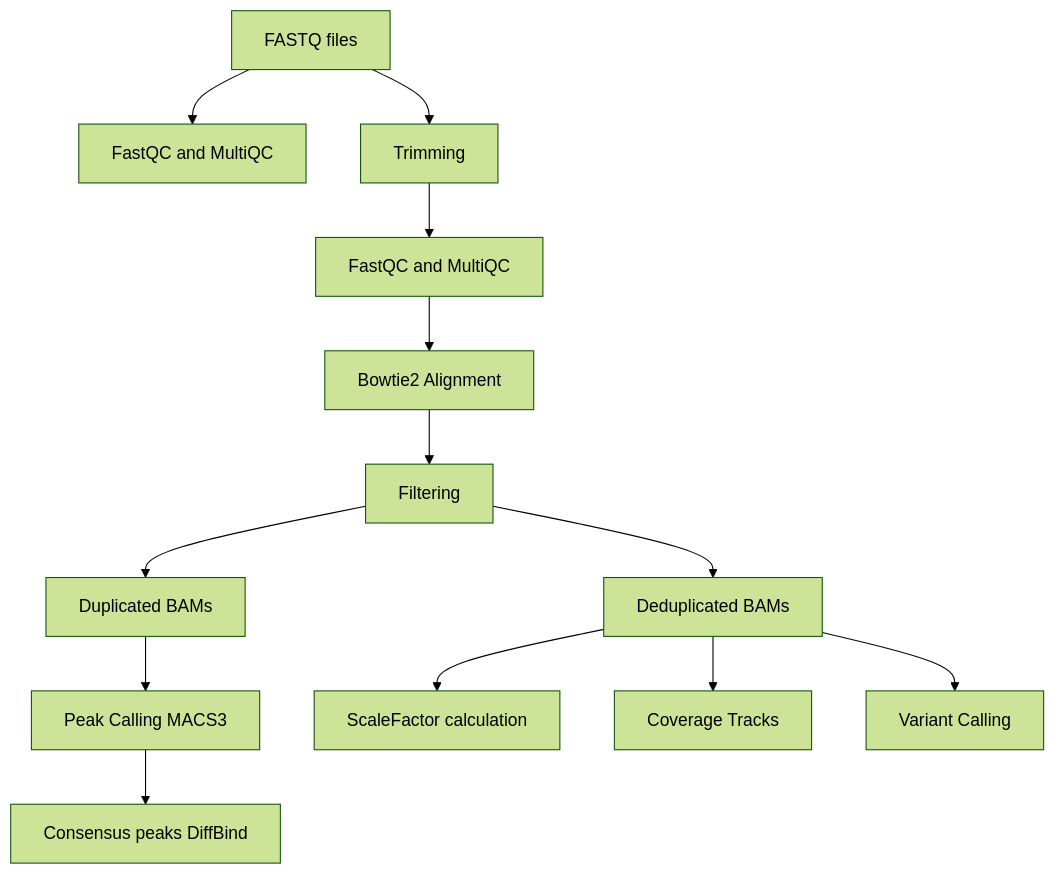
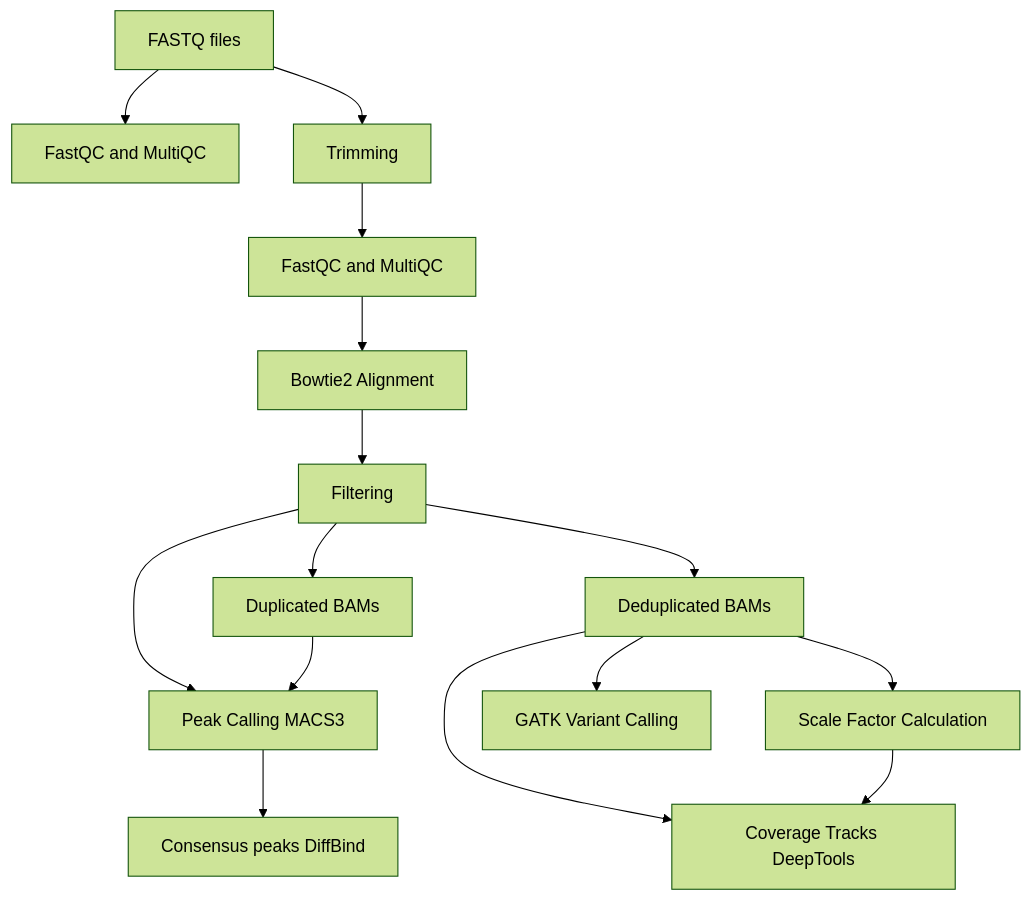
One commit to CarlosRangel23/CutTagFlow changed the diagram in README.md. Above: the diagram before and after it, drawn with Mermaid (forest theme). The commit also changed other lines of this file, not shown here.

````diff
--- a/README.md
+++ b/README.md
@@ -20,15 +19,17 @@
 ```mermaid
 flowchart TD
     A[FASTQ files] --> B[FastQC and MultiQC]
     A --> C[Trimming]
     C --> D[FastQC and MultiQC]
     D --> E[Bowtie2 Alignment]
     E --> F[Filtering]
     F --> G[Duplicated BAMs]
     F --> H[Deduplicated BAMs]
-    G --> I[Peak Calling MACS3]
+    F --> I[Peak Calling MACS3]
+    G --> I
     I --> J[Consensus peaks DiffBind]
-    H --> K[ScaleFactor calculation]
-    H --> L[Coverage Tracks]
-    H --> M[Variant Calling]
+    H --> K[Scale Factor Calculation]
+    H --> L[Coverage Tracks DeepTools]
+    K --> L
+    H --> M[GATK Variant Calling]
 ```
````
